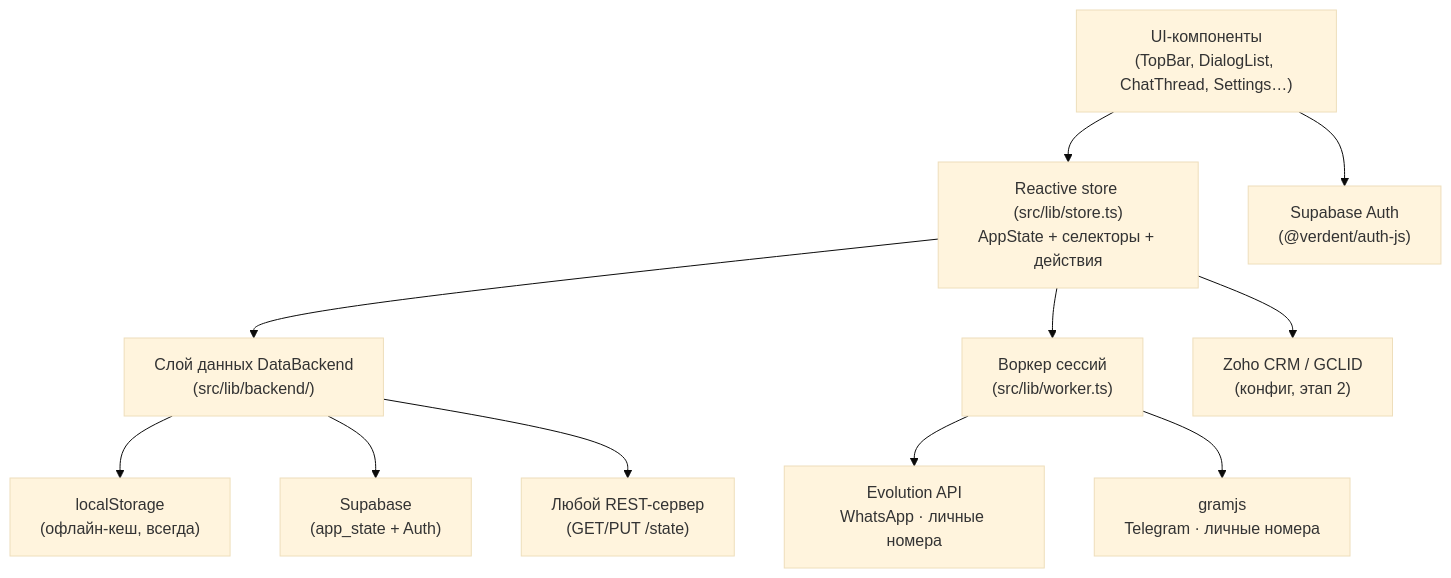
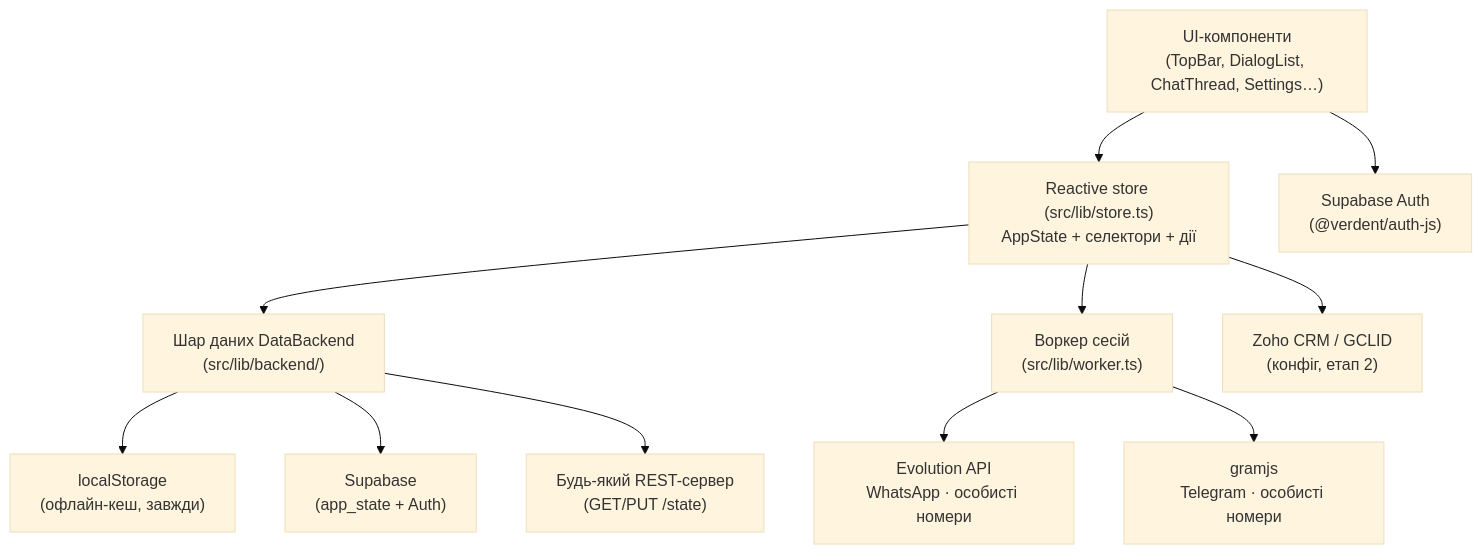
Before and after one commit to alik2191/LocalChats: the diagram in docs/architecture.md, drawn with Mermaid (base theme). The commit also changed other lines of this file and 11 other files, not shown here.

````diff
--- a/docs/architecture.md
+++ b/docs/architecture.md
@@ -5,13 +5,13 @@
 ```mermaid
 flowchart TB
-  UI["UI-компоненты<br/>(TopBar, DialogList, ChatThread, Settings…)"] --> Store["Reactive store (src/lib/store.ts)<br/>AppState + селекторы + действия"]
-  Store --> BE["Слой данных DataBackend<br/>(src/lib/backend/)"]
-  BE --> LS["localStorage<br/>(офлайн-кеш, всегда)"]
+  UI["UI-компоненти<br/>(TopBar, DialogList, ChatThread, Settings…)"] --> Store["Reactive store (src/lib/store.ts)<br/>AppState + селектори + дії"]
+  Store --> BE["Шар даних DataBackend<br/>(src/lib/backend/)"]
+  BE --> LS["localStorage<br/>(офлайн-кеш, завжди)"]
   BE --> SB["Supabase<br/>(app_state + Auth)"]
-  BE --> REST["Любой REST-сервер<br/>(GET/PUT /state)"]
-  Store --> Worker["Воркер сессий<br/>(src/lib/worker.ts)"]
-  Worker --> WA["Evolution API<br/>WhatsApp · личные номера"]
-  Worker --> TG["gramjs<br/>Telegram · личные номера"]
+  BE --> REST["Будь-який REST-сервер<br/>(GET/PUT /state)"]
+  Store --> Worker["Воркер сесій<br/>(src/lib/worker.ts)"]
+  Worker --> WA["Evolution API<br/>WhatsApp · особисті номери"]
+  Worker --> TG["gramjs<br/>Telegram · особисті номери"]
   UI --> Auth["Supabase Auth<br/>(@verdent/auth-js)"]
-  Store --> CRM["Zoho CRM / GCLID<br/>(конфиг, этап 2)"]
+  Store --> CRM["Zoho CRM / GCLID<br/>(конфіг, етап 2)"]
 ```
````
